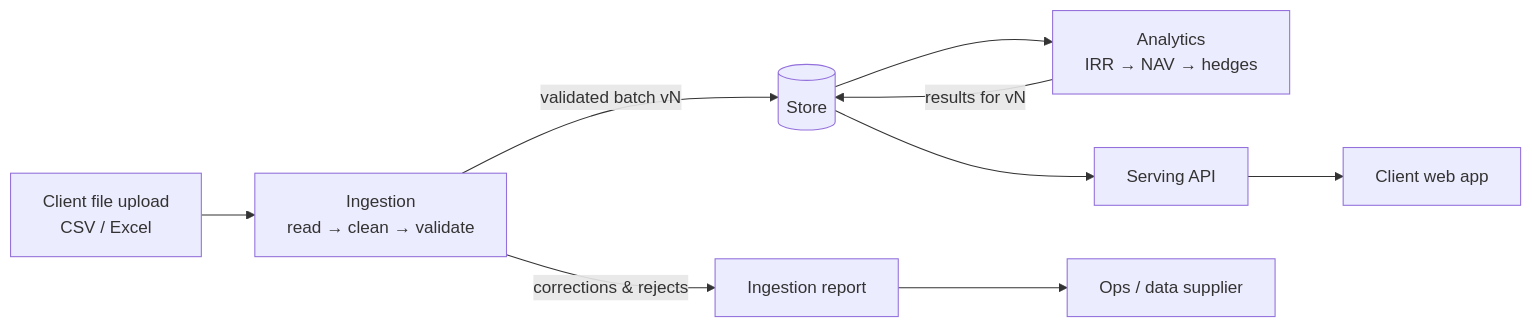
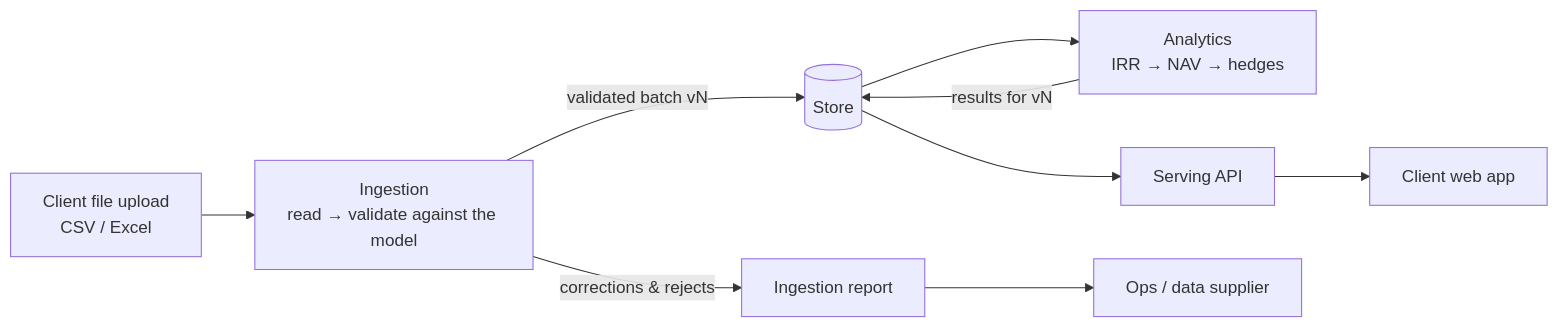
Before and after one commit to Chouvic/risk-view: the second of 2 diagrams in docs/design.md, drawn with Mermaid. The commit also changed other lines of this file and 23 other files, not shown here.

````diff
--- a/docs/design.md
+++ b/docs/design.md
@@ -83,11 +83,11 @@
 ```mermaid
 flowchart LR
-    A[Client file upload<br/>CSV / Excel] --> B[Ingestion<br/>read → clean → validate]
+    A[Client file upload<br/>CSV / Excel] --> B[Ingestion<br/>read → validate against the model]
     B -->|corrections & rejects| R[Ingestion report]
     B -->|validated batch vN| C[(Store)]
     C --> D[Analytics<br/>IRR → NAV → hedges]
     D -->|results for vN| C
     C --> E[Serving API]
     E --> F[Client web app]
     R --> G[Ops / data supplier]
 ```
````
